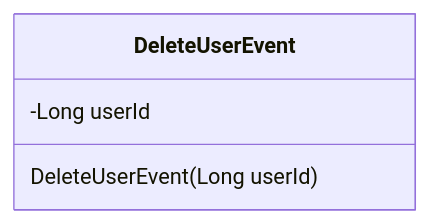
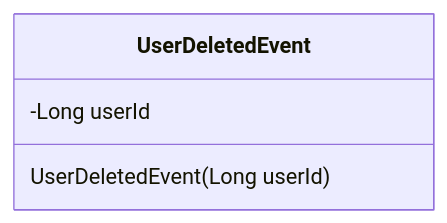
The seventh of 8 diagrams in readme.md (viswarajramji/user), drawn with Mermaid before and after one commit. The commit also changed other lines of this file, not shown here.

Commit message:
Update user readme file

````diff
--- a/readme.md
+++ b/readme.md
@@ -147,8 +143,7 @@
 ```mermaid
 classDiagram
-    class DeleteUserEvent {
+    class UserDeletedEvent {
         -Long userId
-        DeleteUserEvent(Long userId)
+        UserDeletedEvent(Long userId)
     }
-
 ```
````
